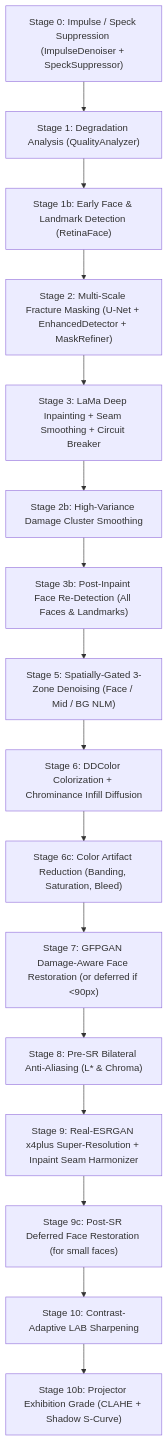
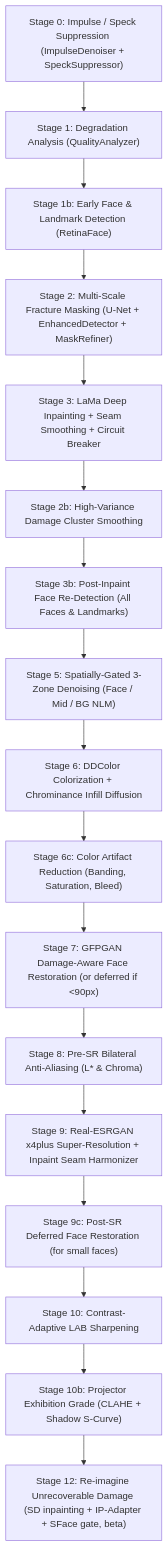
Before and after one commit to sanghvivanshil254/sem-9_capstone_pixrevive: the diagram in CODEBASE_MAP.md, drawn with Mermaid. The commit also changed other lines of this file and 80 other files, not shown here.

````diff
--- a/CODEBASE_MAP.md
+++ b/CODEBASE_MAP.md
@@ -11,18 +11,19 @@
 ```mermaid
 flowchart TD
     S0["Stage 0: Impulse / Speck Suppression (ImpulseDenoiser + SpeckSuppressor)"] --> S1["Stage 1: Degradation Analysis (QualityAnalyzer)"]
     S1 --> S1b["Stage 1b: Early Face & Landmark Detection (RetinaFace)"]
     S1b --> S2["Stage 2: Multi-Scale Fracture Masking (U-Net + EnhancedDetector + MaskRefiner)"]
     S2 --> S3["Stage 3: LaMa Deep Inpainting + Seam Smoothing + Circuit Breaker"]
     S3 --> S2b["Stage 2b: High-Variance Damage Cluster Smoothing"]
     S2b --> S3b["Stage 3b: Post-Inpaint Face Re-Detection (All Faces & Landmarks)"]
     S3b --> S5["Stage 5: Spatially-Gated 3-Zone Denoising (Face / Mid / BG NLM)"]
     S5 --> S6["Stage 6: DDColor Colorization + Chrominance Infill Diffusion"]
     S6 --> S6c["Stage 6c: Color Artifact Reduction (Banding, Saturation, Bleed)"]
     S6c --> S7["Stage 7: GFPGAN Damage-Aware Face Restoration (or deferred if <90px)"]
     S7 --> S8["Stage 8: Pre-SR Bilateral Anti-Aliasing (L* & Chroma)"]
     S8 --> S9["Stage 9: Real-ESRGAN x4plus Super-Resolution + Inpaint Seam Harmonizer"]
     S9 --> S9c["Stage 9c: Post-SR Deferred Face Restoration (for small faces)"]
     S9c --> S10["Stage 10: Contrast-Adaptive LAB Sharpening"]
     S10 --> S10b["Stage 10b: Projector Exhibition Grade (CLAHE + Shadow S-Curve)"]
+    S10b --> S12["Stage 12: Re-imagine Unrecoverable Damage (SD inpainting + IP-Adapter + SFace gate, beta)"]
 ```
````
